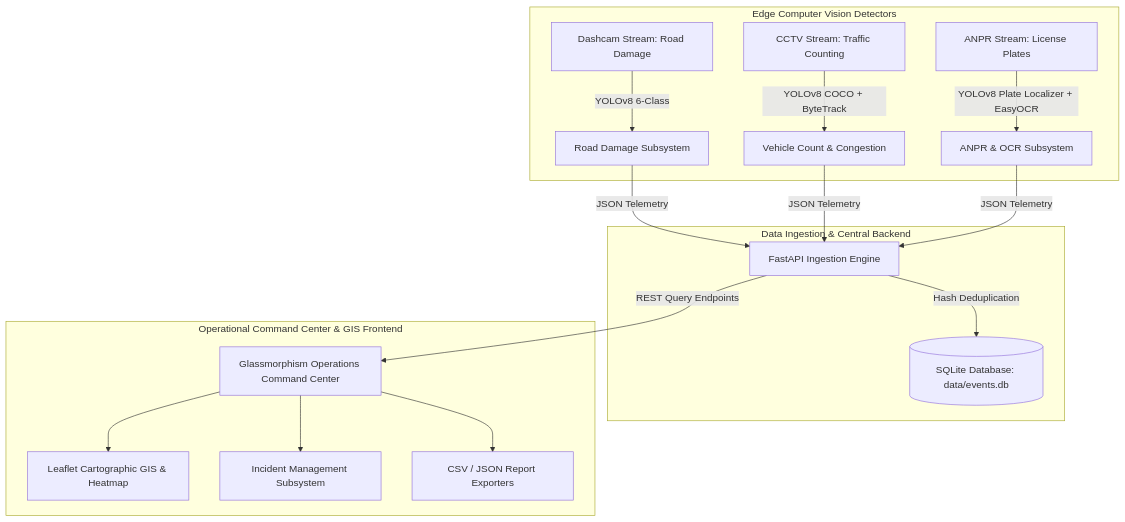
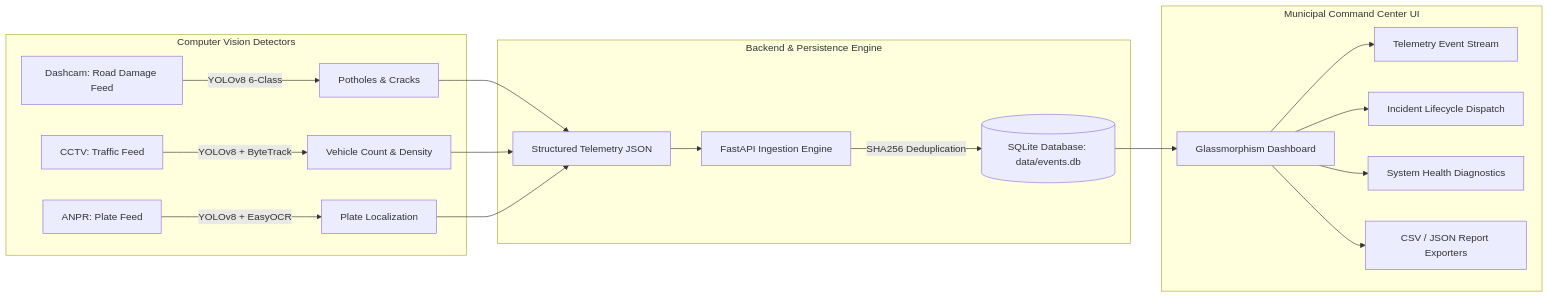
The diagram in README.md (Sushantcod/sih2026-sankalp), drawn with Mermaid before and after one commit. The commit also changed other lines of this file, not shown here.

````diff
--- a/README.md
+++ b/README.md
@@ -15,22 +63,22 @@
 ```mermaid
-graph TD
-    subgraph Edge Computer Vision Detectors
-        V1[Dashcam Stream: Road Damage] --> |YOLOv8 6-Class| D1[Road Damage Subsystem]
-        V2[CCTV Stream: Traffic Counting] --> |YOLOv8 COCO + ByteTrack| D2[Vehicle Count & Congestion]
-        V3[ANPR Stream: License Plates] --> |YOLOv8 Plate Localizer + EasyOCR| D3[ANPR & OCR Subsystem]
+flowchart LR
+    subgraph Edge_Vision ["Computer Vision Detectors"]
+        A1[Dashcam: Road Damage Feed] -->|YOLOv8 6-Class| B1[Potholes & Cracks]
+        A2[CCTV: Traffic Feed] -->|YOLOv8 + ByteTrack| B2[Vehicle Count & Density]
+        A3[ANPR: Plate Feed] -->|YOLOv8 + EasyOCR| B3[Plate Localization]
     end
 
-    subgraph Data Ingestion & Central Backend
-        D1 --> |JSON Telemetry| API[FastAPI Ingestion Engine]
-        D2 --> |JSON Telemetry| API
-        D3 --> |JSON Telemetry| API
-        API --> |Hash Deduplication| DB[(SQLite Database: data/events.db)]
+    subgraph Central_Core ["Backend & Persistence Engine"]
+        B1 & B2 & B3 --> C[Structured Telemetry JSON]
+        C --> D[FastAPI Ingestion Engine]
+        D -->|SHA256 Deduplication| E[(SQLite Database: data/events.db)]
     end
 
-    subgraph Operational Command Center & GIS Frontend
-        API --> |REST Query Endpoints| DASH[Glassmorphism Operations Command Center]
-        DASH --> MAP[Leaflet Cartographic GIS & Heatmap]
-        DASH --> INC[Incident Management Subsystem]
-        DASH --> RPT[CSV / JSON Report Exporters]
+    subgraph Operations_Center ["Municipal Command Center UI"]
+        E --> F[Glassmorphism Dashboard]
+        F --> G[Telemetry Event Stream]
+        F --> H[Incident Lifecycle Dispatch]
+        F --> I[System Health Diagnostics]
+        F --> J[CSV / JSON Report Exporters]
     end
 ```
````
